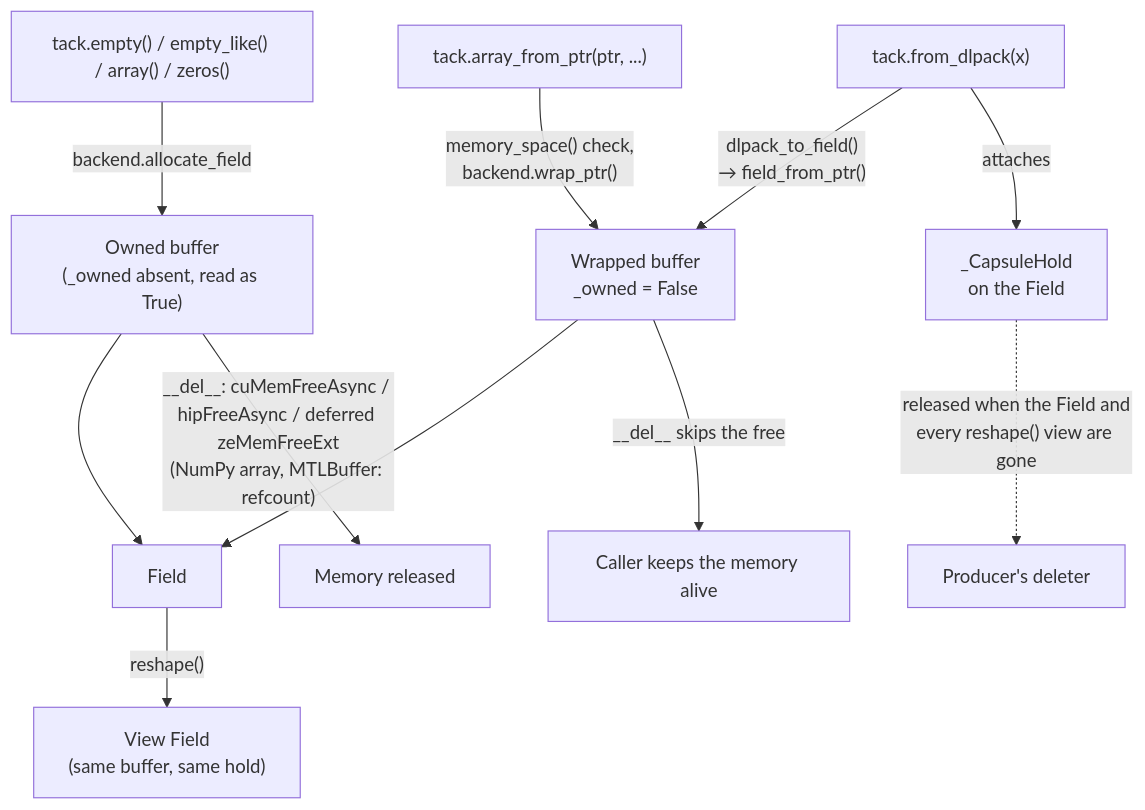
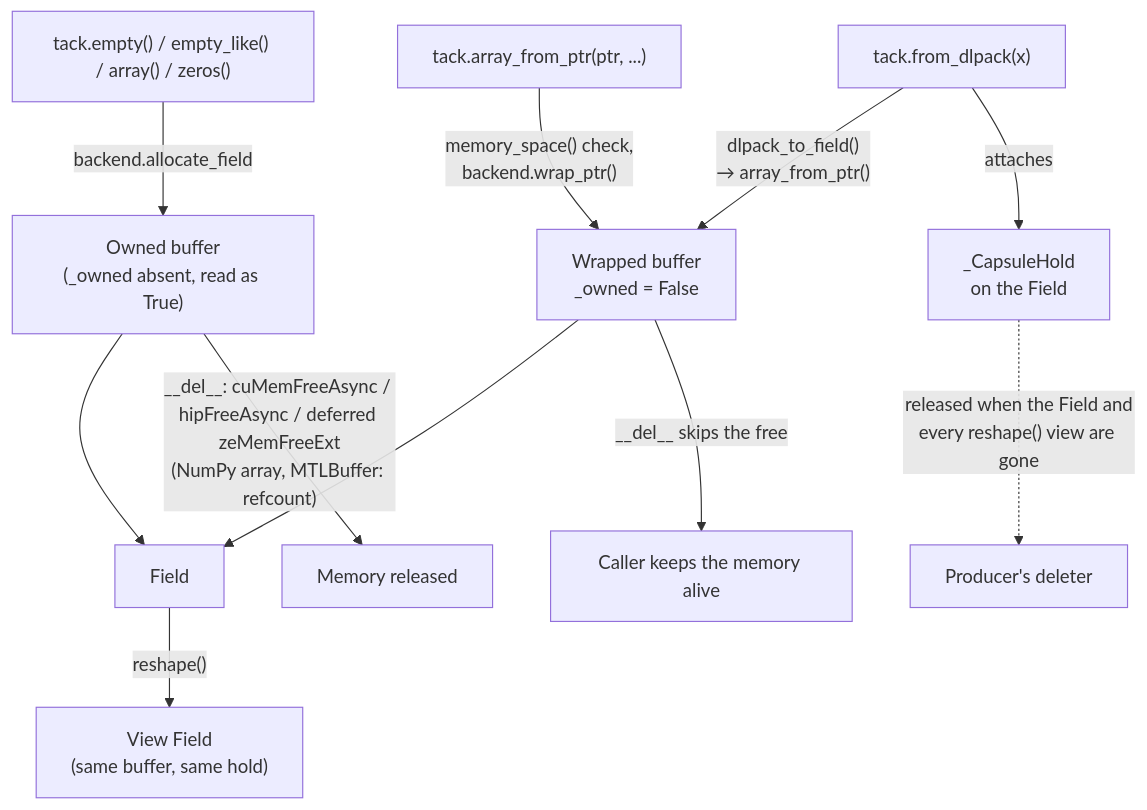
Before and after one commit to berkgeveci/tack: the diagram in docs/design/memory-and-aliasing.md, drawn with Mermaid. The commit also changed other lines of this file and 280 other files, not shown here.

````diff
--- a/docs/design/memory-and-aliasing.md
+++ b/docs/design/memory-and-aliasing.md
@@ -114,13 +114,13 @@
 ```mermaid
 flowchart TD
     A["tack.empty() / empty_like() / array() / zeros()"] -->|backend.allocate_field| OWN["Owned buffer<br/>(_owned absent, read as True)"]
     B["tack.array_from_ptr(ptr, ...)"] -->|"memory_space() check,<br/>backend.wrap_ptr()"| WRAP["Wrapped buffer<br/>_owned = False"]
-    C["tack.from_dlpack(x)"] -->|"dlpack_to_field()<br/>→ field_from_ptr()"| WRAP
+    C["tack.from_dlpack(x)"] -->|"dlpack_to_field()<br/>→ array_from_ptr()"| WRAP
     C -->|attaches| HOLD["_CapsuleHold<br/>on the Field"]
     OWN --> F["Field"]
     WRAP --> F
     F -->|"reshape()"| V["View Field<br/>(same buffer, same hold)"]
     HOLD -.->|"released when the Field and<br/>every reshape() view are gone"| PROD["Producer's deleter"]
     OWN -->|"__del__: cuMemFreeAsync / hipFreeAsync / deferred zeMemFreeExt<br/>(NumPy array, MTLBuffer: refcount)"| FREE["Memory released"]
     WRAP -->|"__del__ skips the free"| KEEP["Caller keeps the memory alive"]
 ```
````
